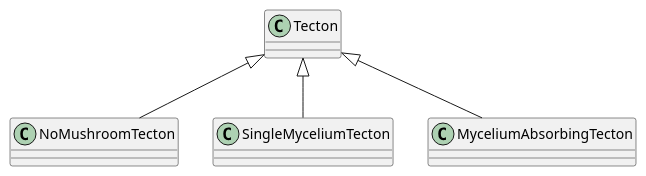
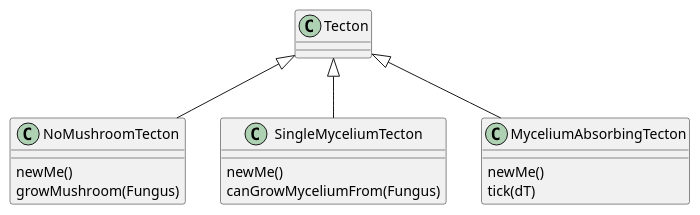
The diagram in Tecton/special-tecton-classes.pu (ZD4ve/projlab-error521), drawn with PlantUML before and after one commit. The commit also changed 5 other files, not shown here.

Commit message:
State diagrams updated

```diff
--- a/Tecton/special-tecton-classes.pu
+++ b/Tecton/special-tecton-classes.pu
@@ -1,12 +1,21 @@
 @startuml Tecton/special-tecton-classes
 
 class Tecton
-class NoMushroomTecton
-class SingleMyceliumTecton
-class MyceliumAbsorbingTecton
+class NoMushroomTecton {
+    newMe()
+    growMushroom(Fungus)
+}
+class SingleMyceliumTecton {
+    newMe()
+    canGrowMyceliumFrom(Fungus)
+}
+class MyceliumAbsorbingTecton {
+    newMe()
+    tick(dT)
+}
 
 Tecton <|-- NoMushroomTecton
 Tecton <|-- SingleMyceliumTecton
 Tecton <|-- MyceliumAbsorbingTecton
 
 @enduml
```
